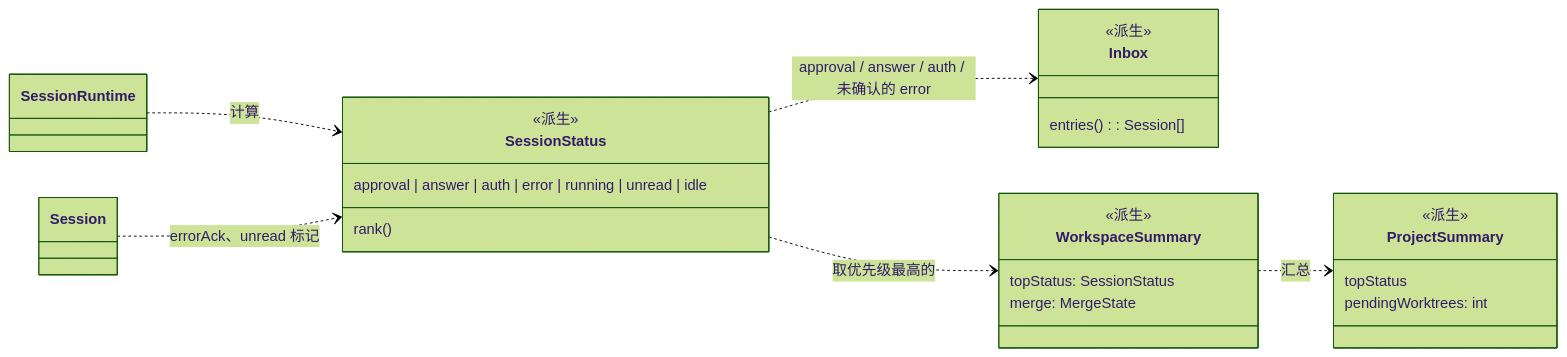
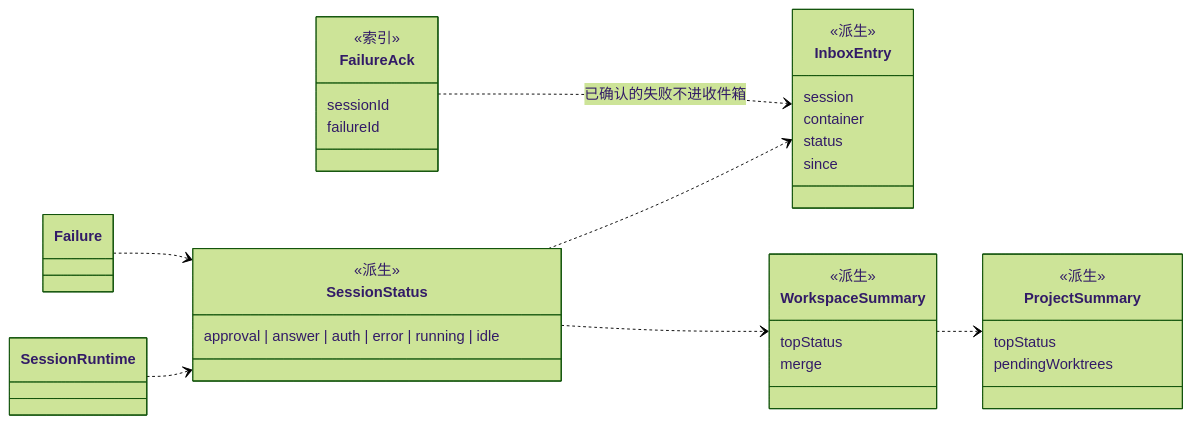
One commit to Wan-Kai/atrium changed the fourth of 7 diagrams in docs/architecture/domain-model.md. Above: the diagram before and after it, drawn with Mermaid (forest theme). The commit also changed other lines of this file and 3 other files, not shown here.

First line of the commit message:
docs: revise the domain model after two architecture reviews

````diff
--- a/docs/architecture/domain-model.md
+++ b/docs/architecture/domain-model.md
@@ -207,28 +329,36 @@
 ```mermaid
 classDiagram
     direction LR
     class SessionStatus {
       <<派生>>
-      approval | answer | auth | error | running | unread | idle
-      rank()
+      approval | answer | auth | error | running | idle
     }
-    class Inbox {
+    class FailureAck {
+      <<索引>>
+      sessionId
+      failureId
+    }
+    class InboxEntry {
       <<派生>>
-      entries(): Session[]
+      session
+      container
+      status
+      since
     }
     class WorkspaceSummary {
       <<派生>>
-      topStatus: SessionStatus
-      merge: MergeState
+      topStatus
+      merge
     }
     class ProjectSummary {
       <<派生>>
       topStatus
-      pendingWorktrees: int
+      pendingWorktrees
     }
-    SessionRuntime ..> SessionStatus : 计算
-    Session ..> SessionStatus : errorAck、unread 标记
-    SessionStatus ..> Inbox : approval / answer / auth / 未确认的 error
-    SessionStatus ..> WorkspaceSummary : 取优先级最高的
-    WorkspaceSummary ..> ProjectSummary : 汇总
+    SessionRuntime ..> SessionStatus
+    Failure ..> SessionStatus
+    SessionStatus ..> InboxEntry
+    FailureAck ..> InboxEntry : 已确认的失败不进收件箱
+    SessionStatus ..> WorkspaceSummary
+    WorkspaceSummary ..> ProjectSummary
 ```
````
